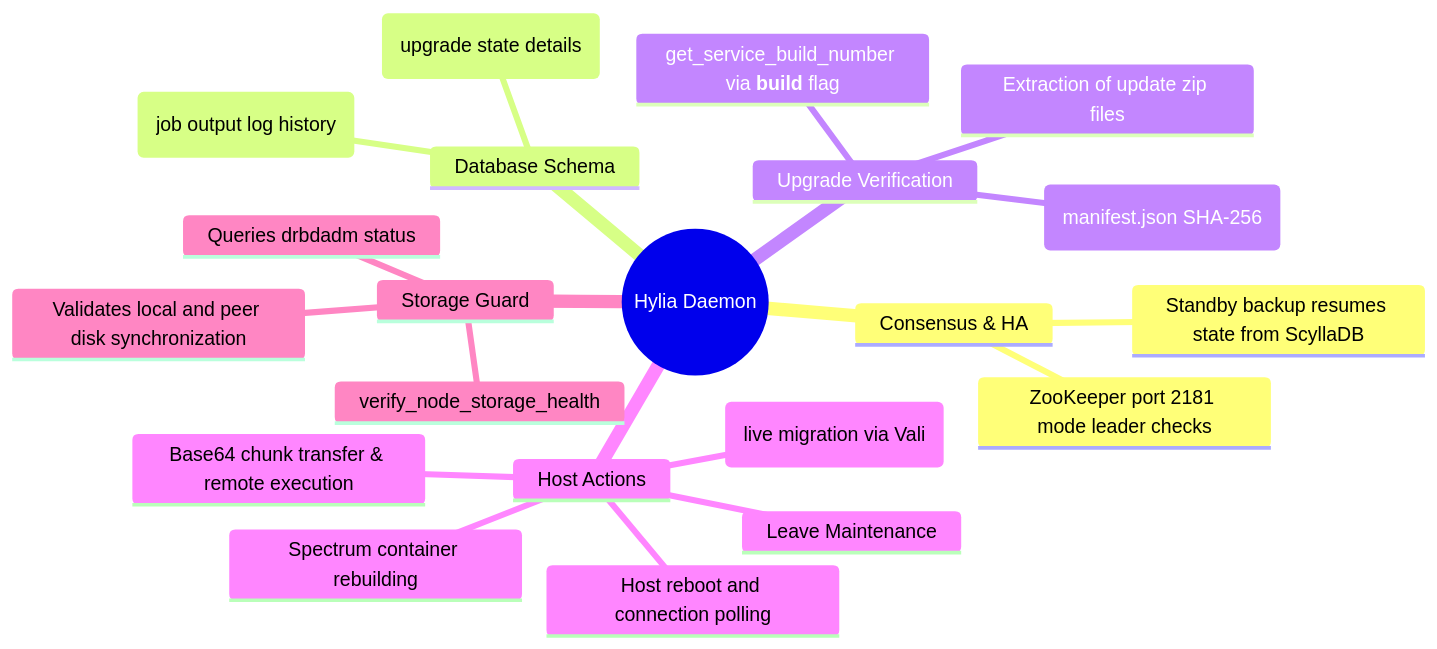
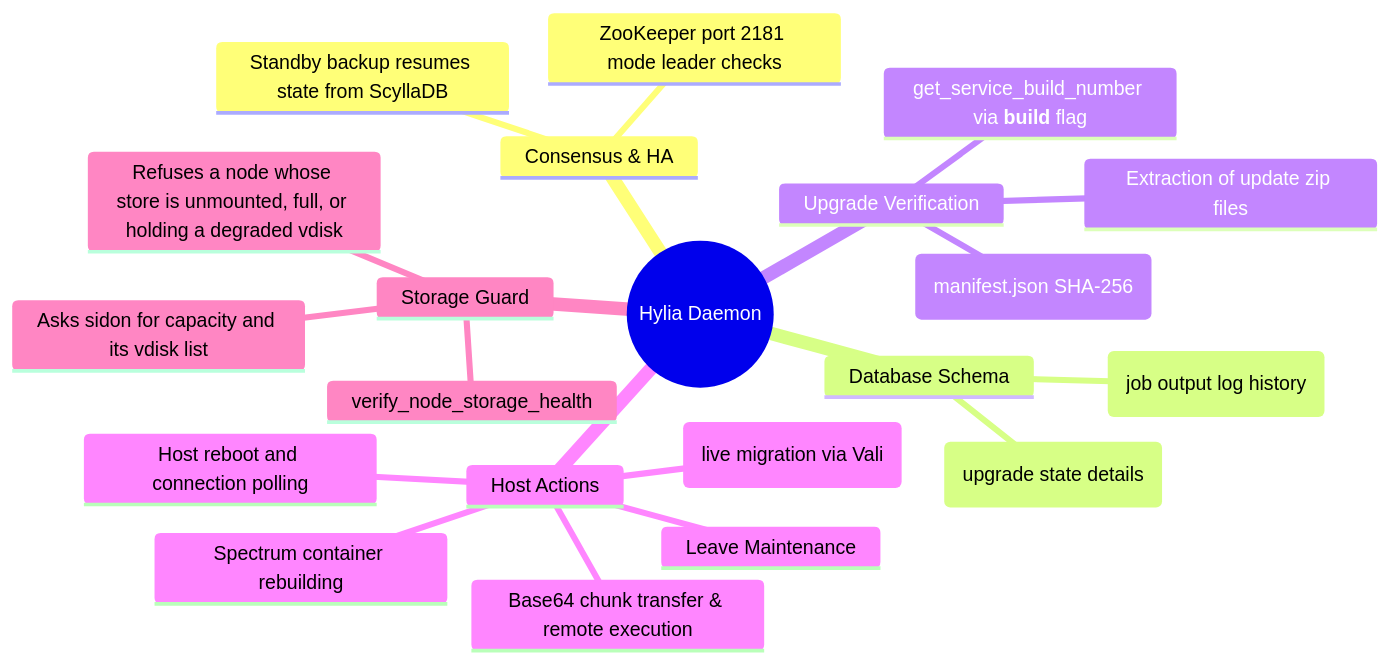
One commit to AuroraRyunix/Helios-HCI changed the diagram in docs/hylia_technical.md. Above: the diagram before and after it, drawn with Mermaid. The commit also changed other lines of this file and 19 other files, not shown here.

````diff
--- a/docs/hylia_technical.md
+++ b/docs/hylia_technical.md
@@ -7,24 +7,24 @@
 ```mermaid
 mindmap
   root((Hylia Daemon))
     Consensus & HA
       ZooKeeper port 2181 mode leader checks
       Standby backup resumes state from ScyllaDB
     Database Schema
       hydra.hylia_jobs (upgrade state details)
       hydra.hylia_logs (job output log history)
     Upgrade Verification
       Checksum validation (manifest.json SHA-256)
       Extraction of update zip files
       get_service_build_number via __build__ flag
     Host Actions
       Enter Maintenance (live migration via Vali)
       Base64 chunk transfer & remote execution
       Spectrum container rebuilding
       Host reboot and connection polling
       Leave Maintenance
     Storage Guard
       verify_node_storage_health
-      Queries drbdadm status
-      Validates local and peer disk synchronization
+      Asks sidon for capacity and its vdisk list
+      Refuses a node whose store is unmounted, full, or holding a degraded vdisk
 ```
````
